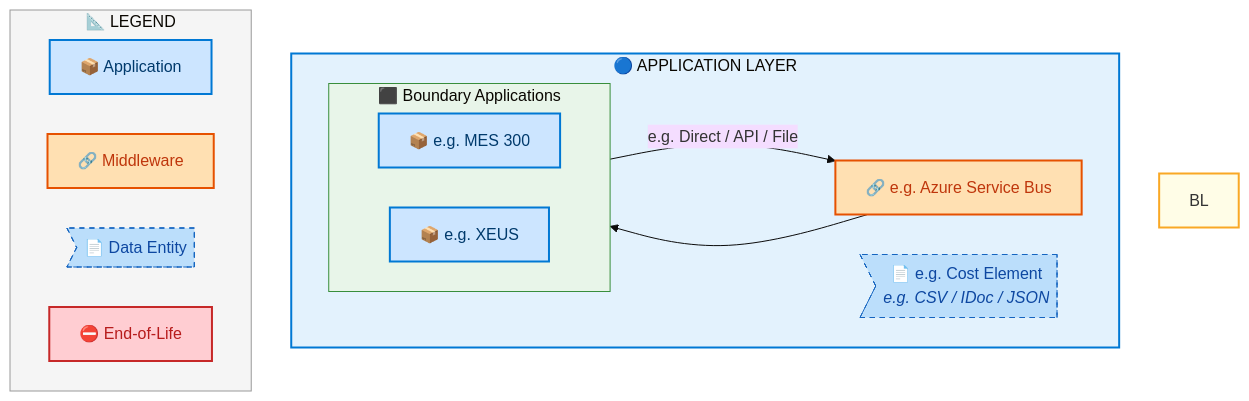
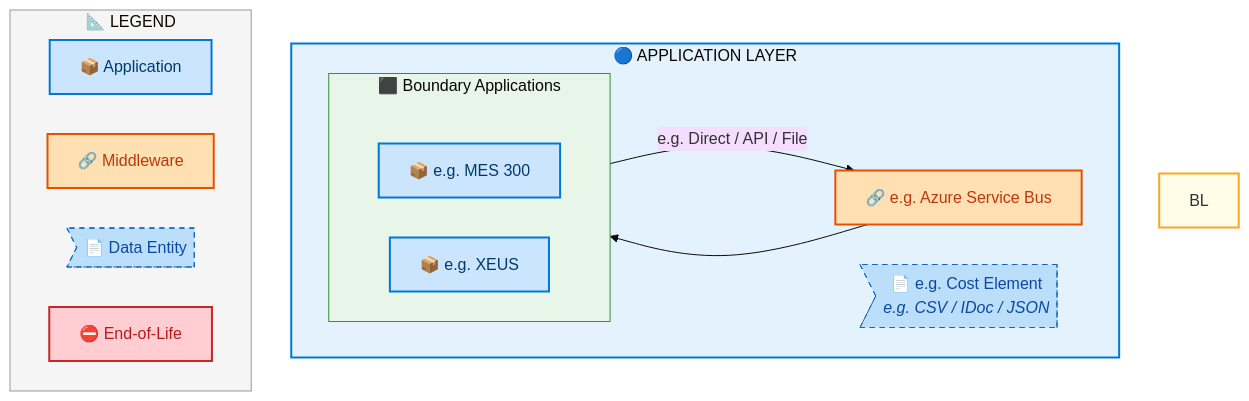
The seventh of 9 diagrams in towers/E2E/Order to Cash/Order_to_Cash_IF/output/docs/systems-architecture/Order_to_Cash_IF-Architecture.md (sajivfrancis777/IAO-Architecture), drawn with Mermaid before and after one commit. The commit also changed other lines of this file and 250 other files, not shown here.

First line of the commit message:
perf+fix: lazy Mermaid rendering + rank-enforced layer ordering

````diff
--- a/towers/E2E/Order to Cash/Order_to_Cash_IF/output/docs/systems-architecture/Order_to_Cash_IF-Architecture.md
+++ b/towers/E2E/Order to Cash/Order_to_Cash_IF/output/docs/systems-architecture/Order_to_Cash_IF-Architecture.md
@@ -1083,42 +1085,44 @@
 ```mermaid
 %%{init: {"theme": "base", "securityLevel": "loose", "themeVariables": {"fontSize": "16px", "fontFamily": "Segoe UI, Arial, sans-serif"}, "flowchart": {"useMaxWidth": false, "htmlLabels": true, "nodeSpacing": 40, "rankSpacing": 50}} }%%
 flowchart TB
     %% -- ArchiMate 3.2 + Azure style classes --
     classDef business      fill:#FFFFB3,stroke:#F9A825,stroke-width:2px,color:#000
     classDef app           fill:#CCE5FF,stroke:#0078D4,stroke-width:2px,color:#003A6C
     classDef data          fill:#BBDEFB,stroke:#1565C0,stroke-width:1px,color:#0D47A1,stroke-dasharray: 5 5
     classDef middleware    fill:#FFE0B2,stroke:#E65100,stroke-width:2px,color:#BF360C
     classDef eol           fill:#FFCDD2,stroke:#C62828,stroke-width:2px,color:#B71C1C
     classDef saas          fill:#E1BEE7,stroke:#7B1FA2,stroke-width:2px,color:#4A148C
     classDef cloud         fill:#BBDEFB,stroke:#1565C0,stroke-width:2px,color:#0D47A1
     classDef onprem        fill:#C8E6C9,stroke:#2E7D32,stroke-width:2px,color:#1B5E20
+    classDef rankAnchor    width:0px,height:0px,padding:0px,margin:0px,fill:none,stroke:none
 
     subgraph AL["🔵 APPLICATION LAYER"]
         direction LR
         subgraph Order_to_Cash_IFFLN_Boundary_Applications[" ⬛ Boundary Applications"]
             direction LR
+            Order_to_Cash_IFF_ALRANK_0[ ]:::rankAnchor
             Order_to_Cash_IFF_e_g_MES_300["📦 e.g. MES 300"]:::app
             Order_to_Cash_IFF_e_g_XEUS["📦 e.g. XEUS"]:::app
         end
         Order_to_Cash_IFFMW_e_g_Azure_Service_Bus["🔗 e.g. Azure Service Bus"]:::middleware
         Order_to_Cash_IFFDE_e_g_Cost_Element>"📄 e.g. Cost Element<br/><i>e.g. CSV / IDoc / JSON</i>"]:::data
     end
 
     Order_to_Cash_IFF_e_g_MES_300 -->|"e.g. Direct / API / File"| Order_to_Cash_IFFMW_e_g_Azure_Service_Bus
     Order_to_Cash_IFFMW_e_g_Azure_Service_Bus --> Order_to_Cash_IFF_e_g_XEUS
 
 
     style BL fill:#FFFDE7,stroke:#F9A825,stroke-width:2px
     style AL fill:#E3F2FD,stroke:#0078D4,stroke-width:2px
 
     style Order_to_Cash_IFFLN_Boundary_Applications fill:#E8F5E9,stroke:#388E3C,stroke-width:1px
 
     subgraph Legend["📐 LEGEND"]
         direction LR
         L_APP["📦 Application"]:::app
         L_MW["🔗 Middleware"]:::middleware
         L_DE>"📄 Data Entity"]:::data
         L_EOL["⛔ End-of-Life"]:::eol
     end
     style Legend fill:#F5F5F5,stroke:#999,stroke-width:1px
 ```
````
